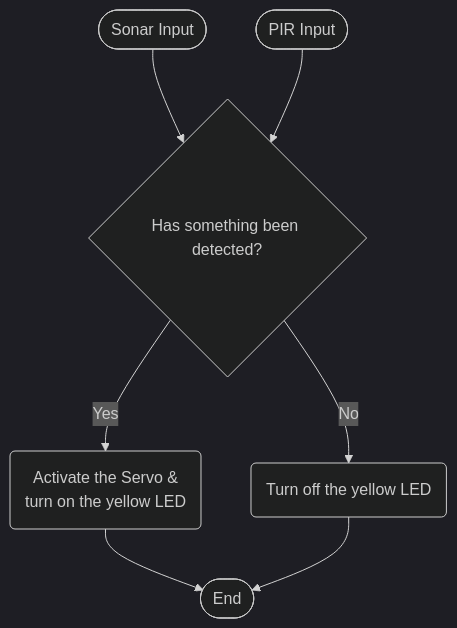
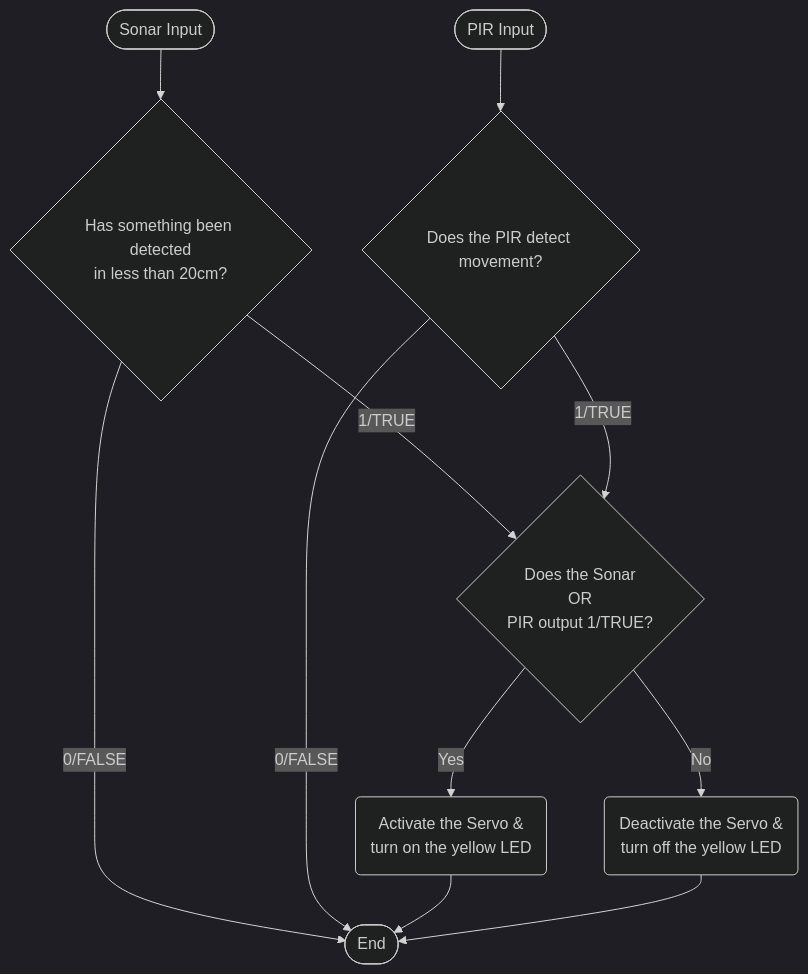
Before and after one commit to AjaySayer/Smart-Device-2023-Semester-1: the second of 3 diagrams in logic.md, drawn with Mermaid (dark theme). The commit also changed other lines of this file and 2 other files, not shown here.

Commit message:
Completed logic.md & design.md + Final changes to SmartDevice.ino
added more comments explaining code, consistency and explanation improvements, logic.md better reflects the current code and design.md has been finalized

````diff
--- a/logic.md
+++ b/logic.md
@@ -42,22 +42,29 @@
-```mermaid 
-flowchart TD
+ ```mermaid
+ flowchart TD
     sonarInput([Sonar Input])
     PIRInput([PIR Input])
 
-    sonarInput-->Decision
-    PIRInput-->Decision
+    sonarInput-->sonarDecision
+    sonarDecision{Has something been detected<br>in less than 20cm?}
+    -->|1/TRUE|Decision
+    sonarDecision-->|0/FALSE|complete
 
-    Decision{Has something been detected?}
+    PIRInput-->PIRDecision
+    PIRDecision{Does the PIR detect movement?}
+    -->|1/TRUE|Decision
+    PIRDecision-->|0/FALSE|complete
+
+    Decision{Does the Sonar<br>OR<br>PIR output 1/TRUE?}
 
     Decision-->|Yes|on
 
     on(Activate the Servo & <br> turn on the yellow LED)
     on-->complete
 
     Decision-->|No|off
-    off(Turn off the yellow LED)
+    off(Deactivate the Servo & <br> turn off the yellow LED)
     off-->complete
 
 
     complete([End])
 ```
````
